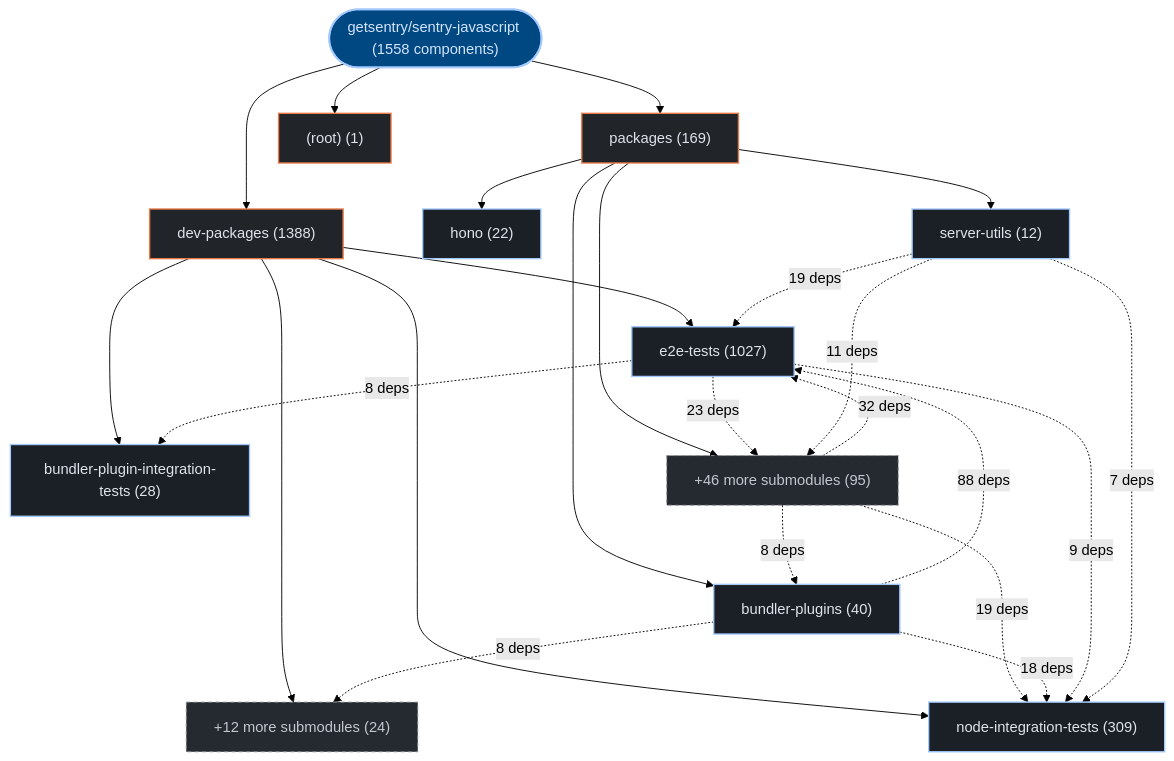
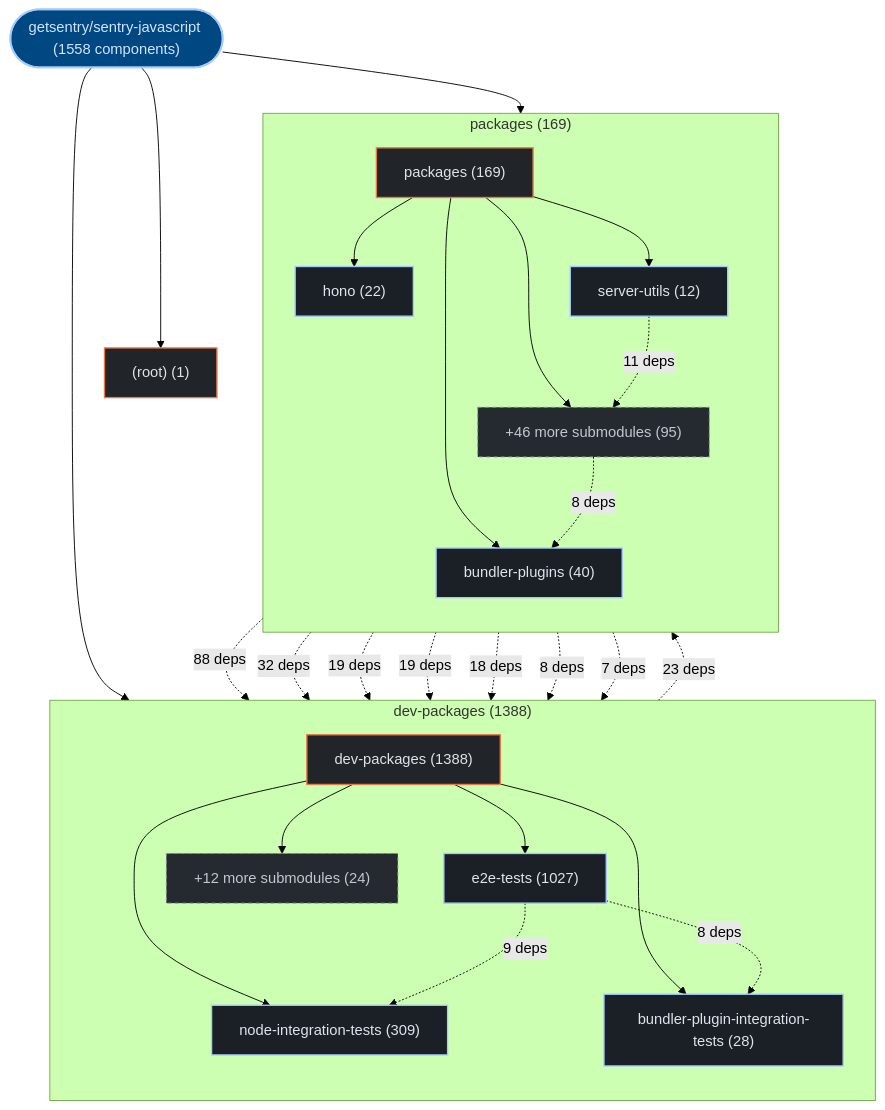
Before and after one commit to kumarshaz/atruss-code-atlas: the first of 3 diagrams in exports/latest/reports/getsentry-sentry-javascript-report.md, drawn with Mermaid (forest theme). The commit also changed 178 other files, not shown here.

Commit message:
feat(ui,mermaid): upgrade to mermaid v12 + ELK layout, add orgs-summary + pagination, subgraph building blocks, fix tab alignment

````diff
--- a/exports/latest/reports/getsentry-sentry-javascript-report.md
+++ b/exports/latest/reports/getsentry-sentry-javascript-report.md
@@ -42,45 +42,51 @@
 ```mermaid
 graph TD;
   classDef atlasRoot fill:#004882,stroke:#a3c9ff,stroke-width:2px,color:#d3e4ff
   classDef atlasCategory fill:#212428,stroke:#E87A48,stroke-width:1.5px,color:#dfe3eb
   classDef atlasWorkflow fill:#1b2026,stroke:#a3c9ff,stroke-width:1.5px,color:#dfe3eb
   classDef atlasJob fill:#171c22,stroke:#8d9199,stroke-width:1px,color:#dfe3eb
   classDef atlasTarget fill:#005227,stroke:#8bd99b,stroke-width:1.5px,color:#a7f6b6
   classDef atlasAlert fill:#93000a,stroke:#ffb4ab,stroke-width:1.5px,color:#ffdad6
   classDef atlasMore fill:#252a31,stroke:#8d9199,stroke-dasharray:4 4,color:#c3c6cf
     repo_root(["getsentry/sentry-javascript (1558 components)"]):::atlasRoot
-    dir_0_dev_packages["dev-packages (1388)"]:::atlasCategory
+    subgraph sg_dir_0_dev_packages["dev-packages (1388)"]
+      direction TB
+      dir_0_dev_packages["dev-packages (1388)"]:::atlasCategory
+      sub_0_0_e2e_tests["e2e-tests (1027)"]:::atlasWorkflow
+      dir_0_dev_packages --> sub_0_0_e2e_tests
+      sub_0_1_node_integration_tests["node-integration-tests (309)"]:::atlasWorkflow
+      dir_0_dev_packages --> sub_0_1_node_integration_tests
+      sub_0_2_bundler_plugin_integration_tests["bundler-plugin-integration-tests (28)"]:::atlasWorkflow
+      dir_0_dev_packages --> sub_0_2_bundler_plugin_integration_tests
+      sub_0_more["+12 more submodules (24)"]:::atlasMore
+      dir_0_dev_packages --> sub_0_more
+    end
     repo_root --> dir_0_dev_packages
-    sub_0_0_e2e_tests["e2e-tests (1027)"]:::atlasWorkflow
-    dir_0_dev_packages --> sub_0_0_e2e_tests
-    sub_0_1_node_integration_tests["node-integration-tests (309)"]:::atlasWorkflow
-    dir_0_dev_packages --> sub_0_1_node_integration_tests
-    sub_0_2_bundler_plugin_integration_tests["bundler-plugin-integration-tests (28)"]:::atlasWorkflow
-    dir_0_dev_packages --> sub_0_2_bundler_plugin_integration_tests
-    sub_0_more["+12 more submodules (24)"]:::atlasMore
-    dir_0_dev_packages --> sub_0_more
-    dir_1_packages["packages (169)"]:::atlasCategory
+    subgraph sg_dir_1_packages["packages (169)"]
+      direction TB
+      dir_1_packages["packages (169)"]:::atlasCategory
+      sub_1_0_bundler_plugins["bundler-plugins (40)"]:::atlasWorkflow
+      dir_1_packages --> sub_1_0_bundler_plugins
+      sub_1_1_hono["hono (22)"]:::atlasWorkflow
+      dir_1_packages --> sub_1_1_hono
+      sub_1_2_server_utils["server-utils (12)"]:::atlasWorkflow
+      dir_1_packages --> sub_1_2_server_utils
+      sub_1_more["+46 more submodules (95)"]:::atlasMore
+      dir_1_packages --> sub_1_more
+    end
     repo_root --> dir_1_packages
-    sub_1_0_bundler_plugins["bundler-plugins (40)"]:::atlasWorkflow
-    dir_1_packages --> sub_1_0_bundler_plugins
-    sub_1_1_hono["hono (22)"]:::atlasWorkflow
-    dir_1_packages --> sub_1_1_hono
-    sub_1_2_server_utils["server-utils (12)"]:::atlasWorkflow
-    dir_1_packages --> sub_1_2_server_utils
-    sub_1_more["+46 more submodules (95)"]:::atlasMore
-    dir_1_packages --> sub_1_more
     dir_2__root_["(root) (1)"]:::atlasCategory
     repo_root --> dir_2__root_
     sub_1_0_bundler_plugins -.->|"88 deps"| sub_0_0_e2e_tests
     sub_1_more -.->|"32 deps"| sub_0_0_e2e_tests
     sub_0_0_e2e_tests -.->|"23 deps"| sub_1_more
     sub_1_2_server_utils -.->|"19 deps"| sub_0_0_e2e_tests
     sub_1_more -.->|"19 deps"| sub_0_1_node_integration_tests
     sub_1_0_bundler_plugins -.->|"18 deps"| sub_0_1_node_integration_tests
     sub_1_2_server_utils -.->|"11 deps"| sub_1_more
     sub_0_0_e2e_tests -.->|"9 deps"| sub_0_1_node_integration_tests
     sub_0_0_e2e_tests -.->|"8 deps"| sub_0_2_bundler_plugin_integration_tests
     sub_1_0_bundler_plugins -.->|"8 deps"| sub_0_more
     sub_1_more -.->|"8 deps"| sub_1_0_bundler_plugins
     sub_1_2_server_utils -.->|"7 deps"| sub_0_1_node_integration_tests
 ```
````
